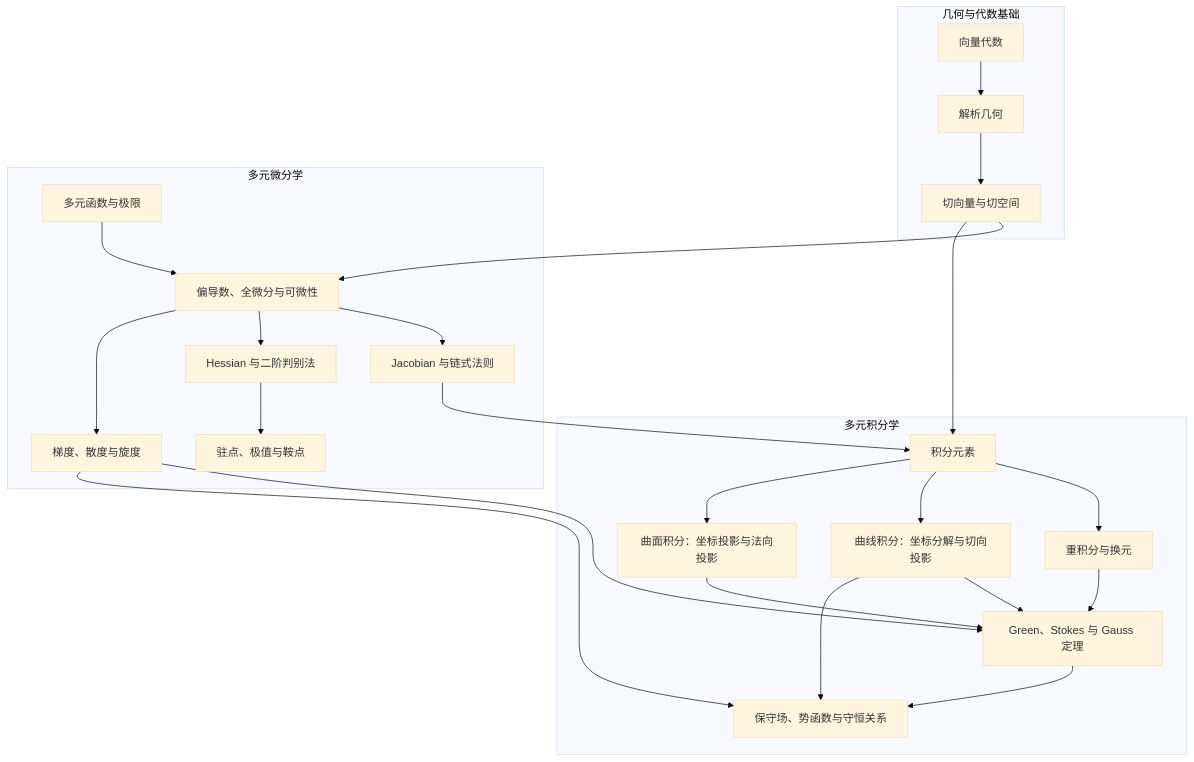
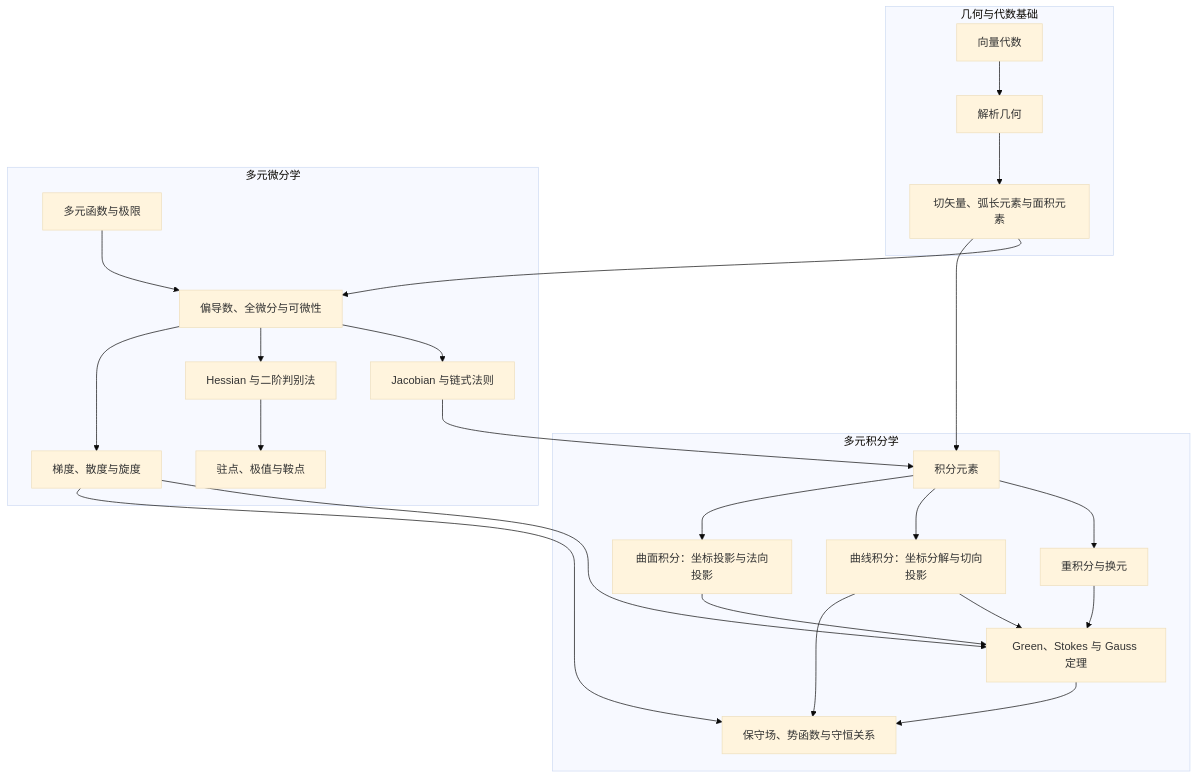
Before and after one commit to Ashington258/Math_Problem: the diagram in Math_Note/分析学/02_多元微积分/关系图谱.md, drawn with Mermaid (base theme). The commit also changed other lines of this file and 289 other files, not shown here.

````diff
--- a/Math_Note/分析学/02_多元微积分/关系图谱.md
+++ b/Math_Note/分析学/02_多元微积分/关系图谱.md
@@ -7,29 +7,29 @@
 ```mermaid
 flowchart TD
   subgraph G["几何与代数基础"]
     V["向量代数"] --> A["解析几何"]
-    A --> T["切向量与切空间"]
+    A --> T["切矢量、弧长元素与面积元素"]
   end
   subgraph D["多元微分学"]
     L["多元函数与极限"] --> D1["偏导数、全微分与可微性"]
     D1 --> J["Jacobian 与链式法则"]
     D1 --> H["Hessian 与二阶判别法"]
     H --> E["驻点、极值与鞍点"]
     D1 --> O["梯度、散度与旋度"]
   end
   subgraph I["多元积分学"]
     M["积分元素"] --> I1["重积分与换元"]
     M --> I2["曲线积分：坐标分解与切向投影"]
     M --> I3["曲面积分：坐标投影与法向投影"]
     I2 --> B["Green、Stokes 与 Gauss 定理"]
     I3 --> B
     I1 --> B
     B --> F["保守场、势函数与守恒关系"]
   end
   T --> D1
   T --> M
   J --> M
   O --> B
   O --> F
   I2 --> F
 ```
````
